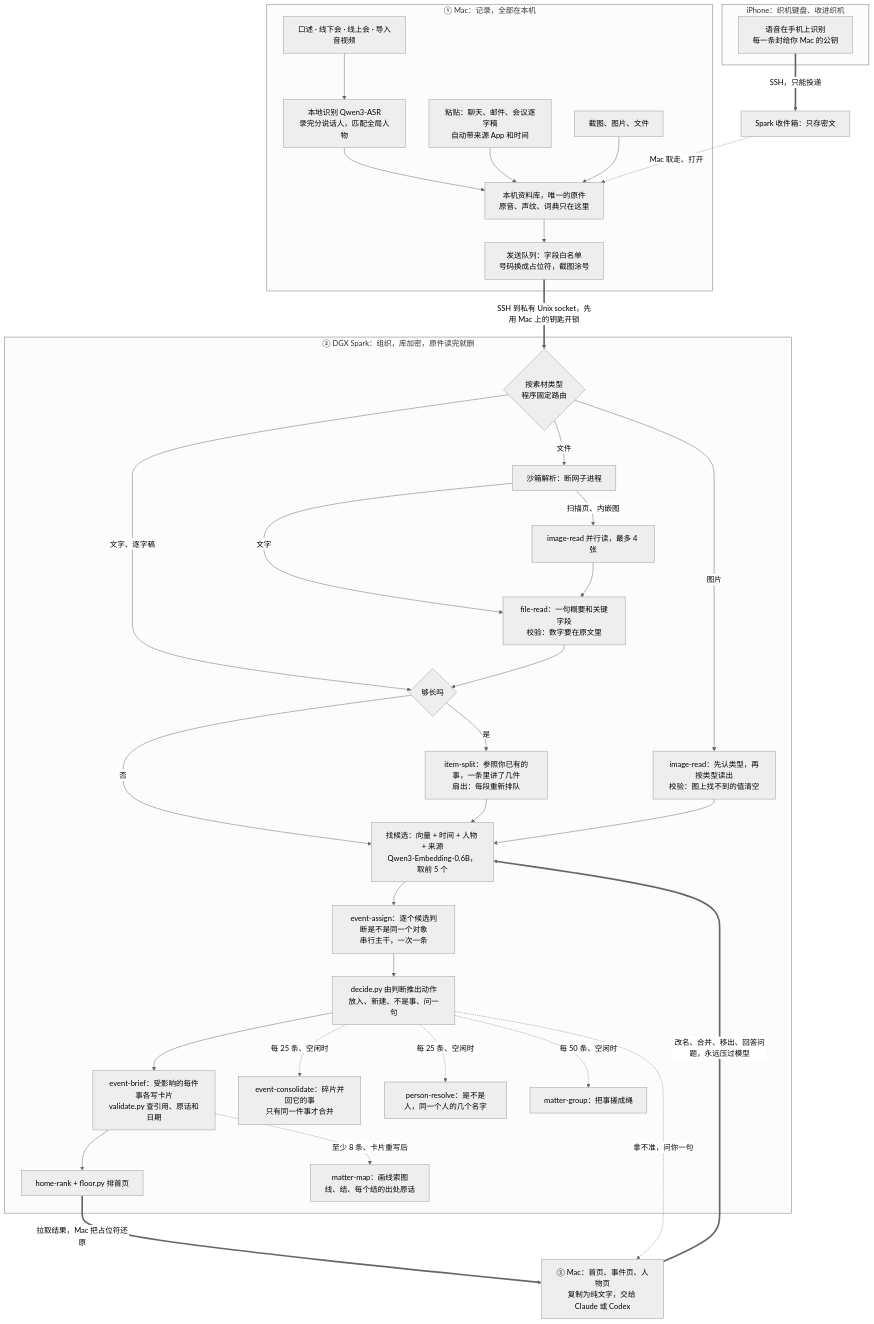
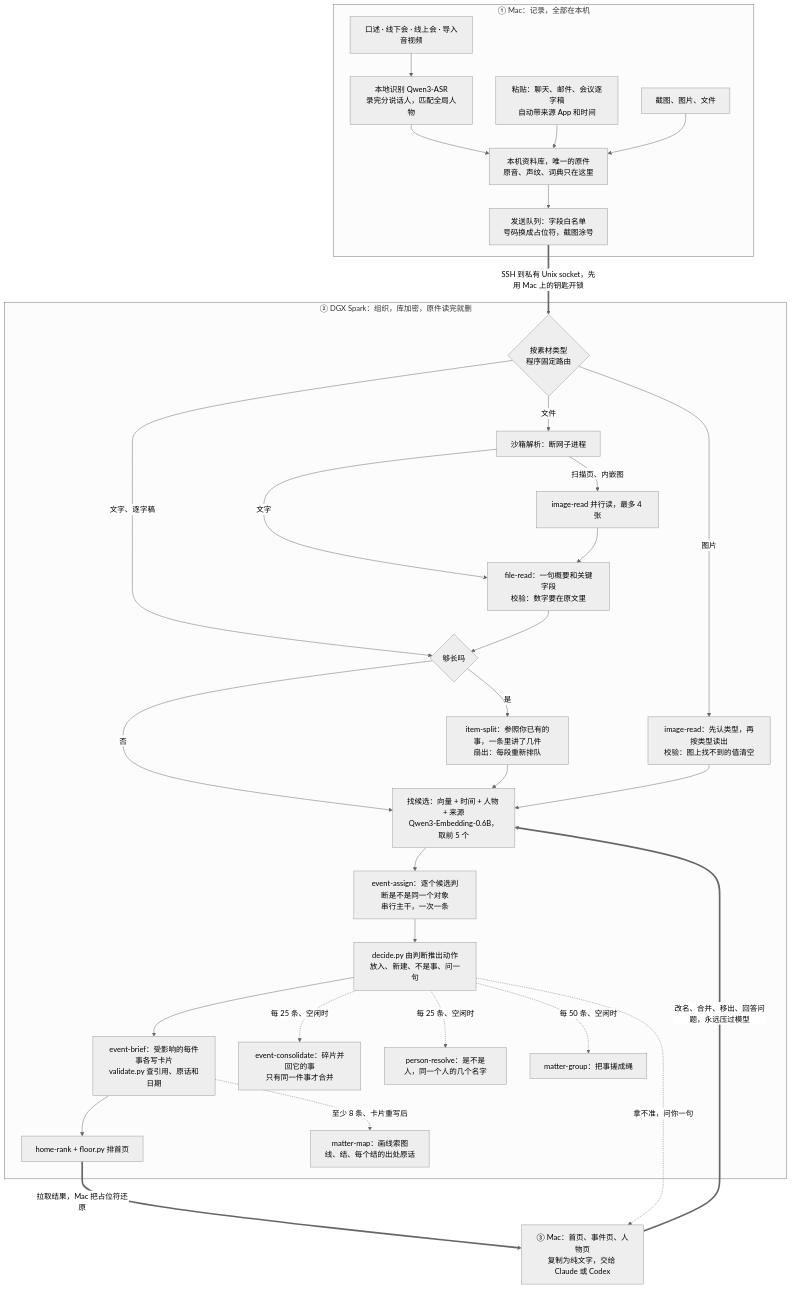
Before and after one commit to Yusong-Enceladus/mindloom: the diagram in docs/ESSAY.md, drawn with Mermaid (neutral theme). The commit also changed other lines of this file and 121 other files, not shown here.

````diff
--- a/docs/ESSAY.md
+++ b/docs/ESSAY.md
@@ -124,43 +108,38 @@
 ```mermaid
 graph TB
-  subgraph PHONE [iPhone：织机键盘、收进织机]
-    P1["语音在手机上识别<br/>每一条封给你 Mac 的公钥"]
-  end
   subgraph MAC [① Mac：记录，全部在本机]
     A1["口述 · 线下会 · 线上会 · 导入音视频"] --> ASR["本地识别 Qwen3-ASR<br/>录完分说话人，匹配全局人物"]
     A2["粘贴：聊天、邮件、会议逐字稿<br/>自动带来源 App 和时间"]
     A3["截图、图片、文件"]
     ASR --> LIB["本机资料库，唯一的原件<br/>原音、声纹、词典只在这里"]
     A2 --> LIB
     A3 --> LIB
     LIB --> OUT["发送队列：字段白名单<br/>号码换成占位符，截图涂号"]
   end
-  P1 ==>|SSH，只能投递| INBOX["Spark 收件箱：只存密文"]
-  INBOX -.->|Mac 取走、打开| LIB
   OUT ==>|SSH 到私有 Unix socket，先用 Mac 上的钥匙开锁| ROUTE
   subgraph SPARK [② DGX Spark：组织，库加密，原件读完就删]
     ROUTE{"按素材类型<br/>程序固定路由"}
     ROUTE -->|图片| IR["image-read：先认类型，再按类型读出<br/>校验：图上找不到的值清空"]
     ROUTE -->|文件| FP["沙箱解析：断网子进程"]
     FP -->|扫描页、内嵌图| IR2["image-read 并行读，最多 4 张"]
     FP -->|文字| FR["file-read：一句概要和关键字段<br/>校验：数字要在原文里"]
     IR2 --> FR
     ROUTE -->|文字、逐字稿| LEN{"够长吗"}
     FR --> LEN
     LEN -->|是| SPLIT["item-split：参照你已有的事，一条里讲了几件<br/>扇出：每段重新排队"]
     LEN -->|否| CAND
     SPLIT --> CAND
     IR --> CAND
     CAND["找候选：向量 + 时间 + 人物 + 来源<br/>Qwen3-Embedding-0.6B，取前 5 个"] --> EA["event-assign：逐个候选判断是不是同一个对象<br/>串行主干，一次一条"]
     EA --> DEC["decide.py 由判断推出动作<br/>放入、新建、不是事、问一句"]
     DEC --> BR["event-brief：受影响的每件事各写卡片<br/>validate.py 查引用、原话和日期"]
     BR --> RANK["home-rank + floor.py 排首页"]
     DEC -.->|每 25 条、空闲时| CONS["event-consolidate：碎片并回它的事<br/>只有同一件事才合并"]
     DEC -.->|每 25 条、空闲时| PPL["person-resolve：是不是人，同一个人的几个名字"]
     BR -.->|至少 8 条、卡片重写后| MAP["matter-map：画线索图<br/>线、结、每个结的出处原话"]
     DEC -.->|每 50 条、空闲时| GRP["matter-group：把事搓成绳"]
   end
   RANK ==>|拉取结果，Mac 把占位符还原| UI["③ Mac：首页、事件页、人物页<br/>复制为纯文字，交给 Claude 或 Codex"]
   DEC -.->|拿不准，问你一句| UI
   UI ==>|改名、合并、移出、回答问题，永远压过模型| CAND
 ```
````
